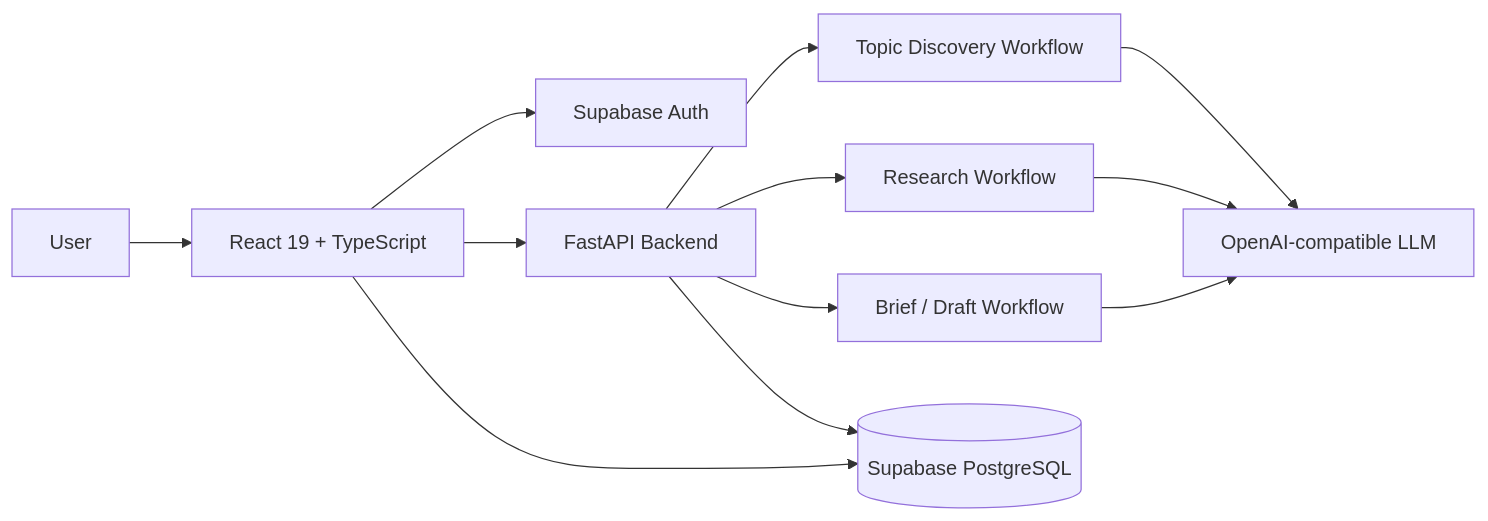
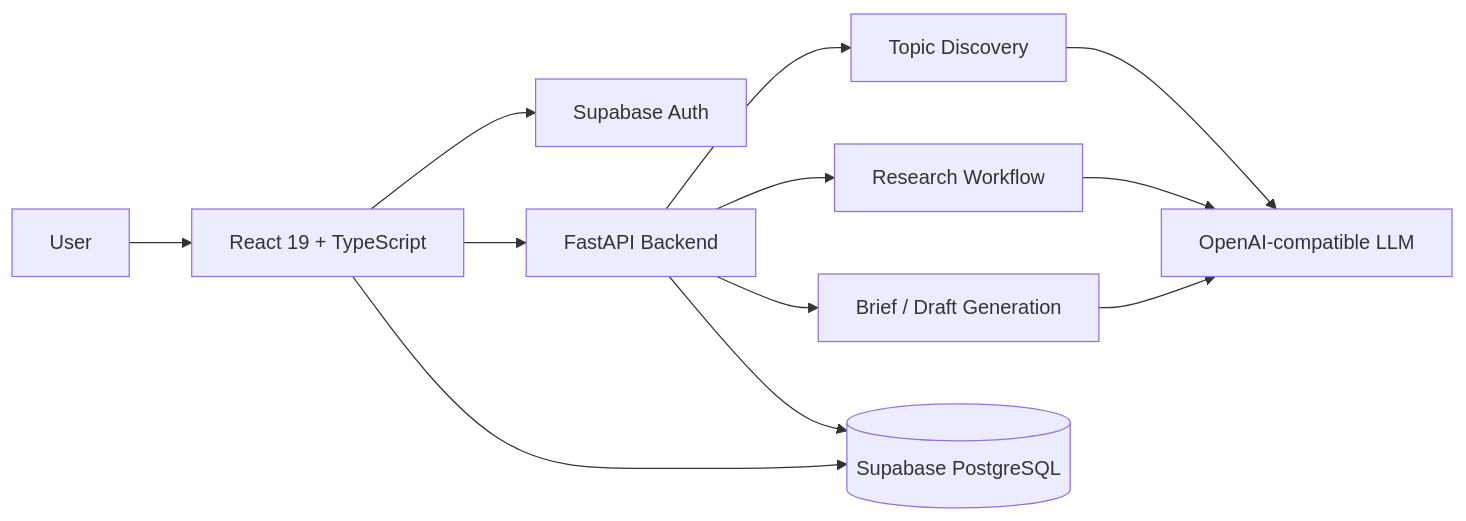
One commit to vanujiash9/Contentlens changed the first of 2 diagrams in README.md. Above: the diagram before and after it, drawn with Mermaid. The commit also changed other lines of this file, not shown here.

````diff
--- a/README.md
+++ b/README.md
@@ -300,17 +172,17 @@
 ```mermaid
 flowchart LR
     U[User] --> FE[React 19 + TypeScript]
     FE --> AUTH[Supabase Auth]
     FE --> API[FastAPI Backend]
 
-    API --> DISC[Topic Discovery Workflow]
+    API --> DISC[Topic Discovery]
     API --> RES[Research Workflow]
-    API --> BRIEF[Brief / Draft Workflow]
+    API --> GEN[Brief / Draft Generation]
 
     DISC --> LLM[OpenAI-compatible LLM]
     RES --> LLM
-    BRIEF --> LLM
+    GEN --> LLM
 
     API --> DB[(Supabase PostgreSQL)]
     FE --> DB
 ```
````
